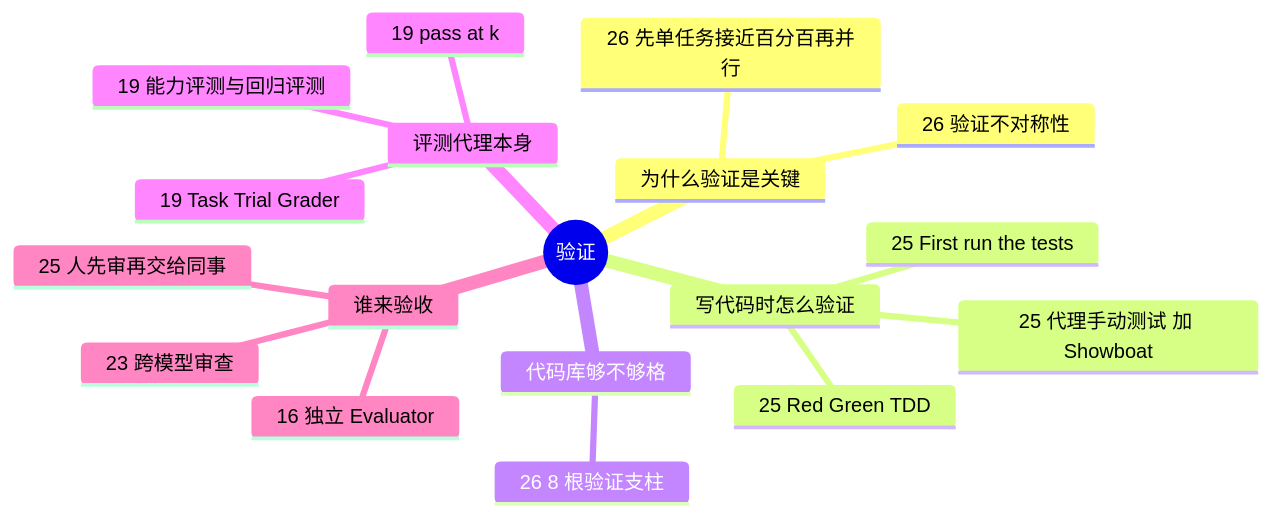
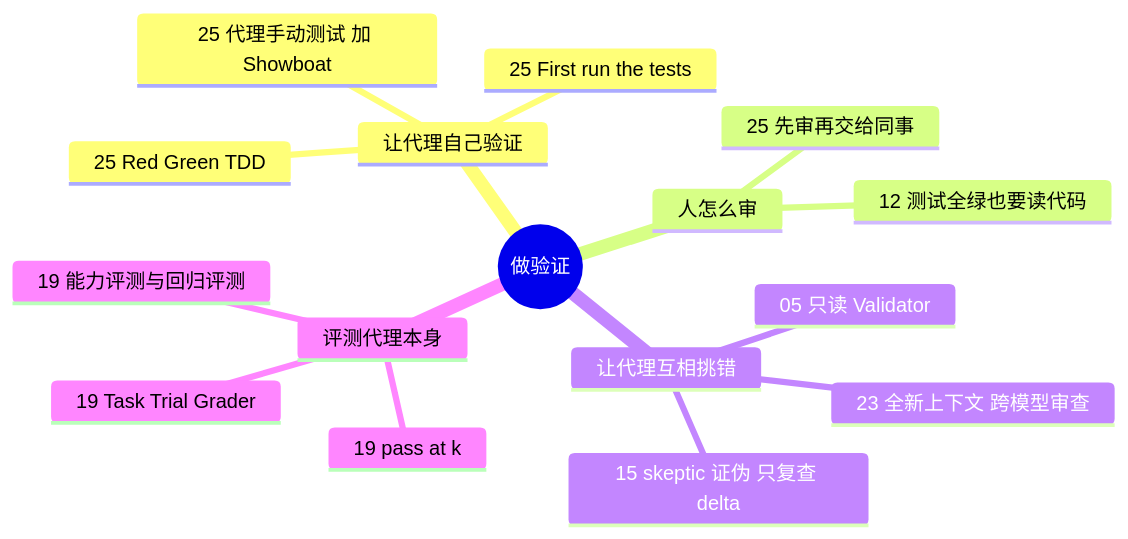
One commit to yzw7489757/ai-coding-videos changed the diagram in docs/guide/verification.md. Above: the diagram before and after it, drawn with Mermaid. The commit also changed other lines of this file and 46 other files, not shown here.

````diff
--- a/docs/guide/verification.md
+++ b/docs/guide/verification.md
@@ -13,21 +13,19 @@
 ```mermaid
 mindmap
-  root((验证))
-    为什么验证是关键
-      26 验证不对称性
-      26 先单任务接近百分百再并行
-    写代码时怎么验证
+  root((做验证))
+    让代理自己验证
       25 Red Green TDD
       25 First run the tests
       25 代理手动测试 加 Showboat
-    代码库够不够格
-      26 8 根验证支柱
+    人怎么审
+      12 测试全绿也要读代码
+      25 先审再交给同事
+    让代理互相挑错
+      15 skeptic 证伪 只复查 delta
+      05 只读 Validator
+      23 全新上下文 跨模型审查
     评测代理本身
       19 Task Trial Grader
       19 能力评测与回归评测
       19 pass at k
-    谁来验收
-      16 独立 Evaluator
-      23 跨模型审查
-      25 人先审再交给同事
 ```
````
